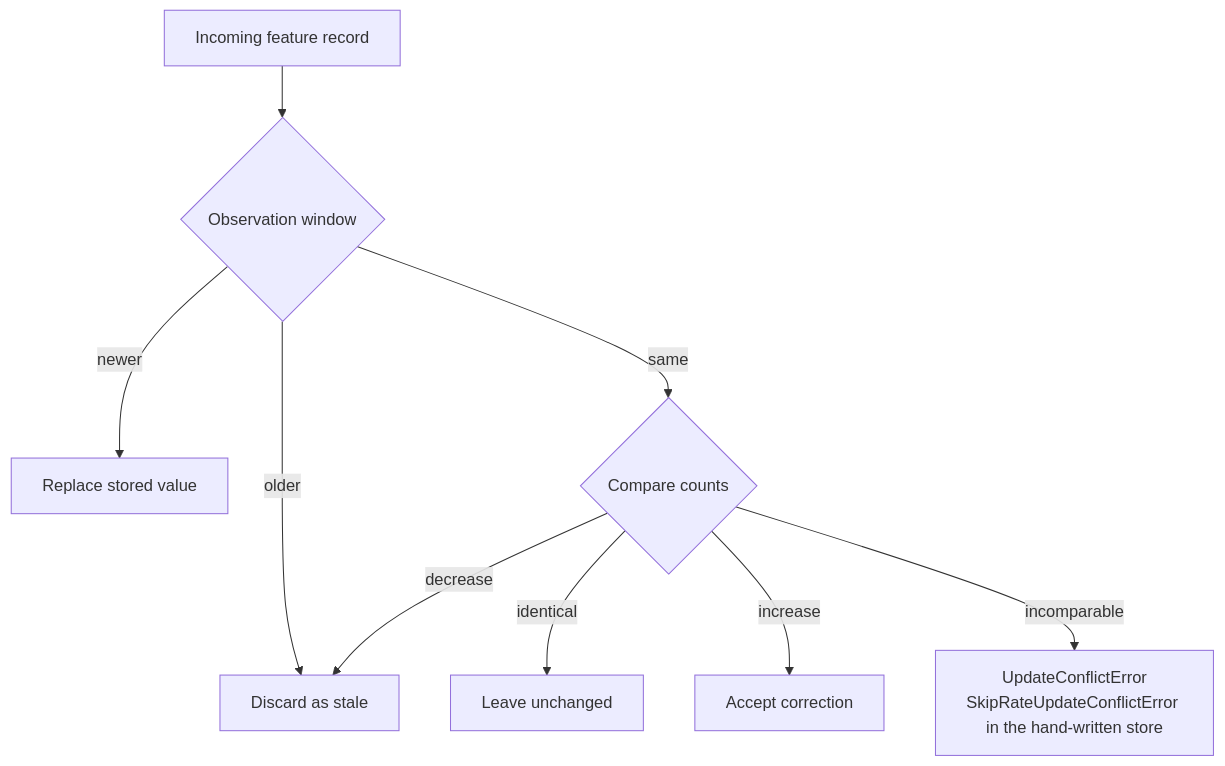
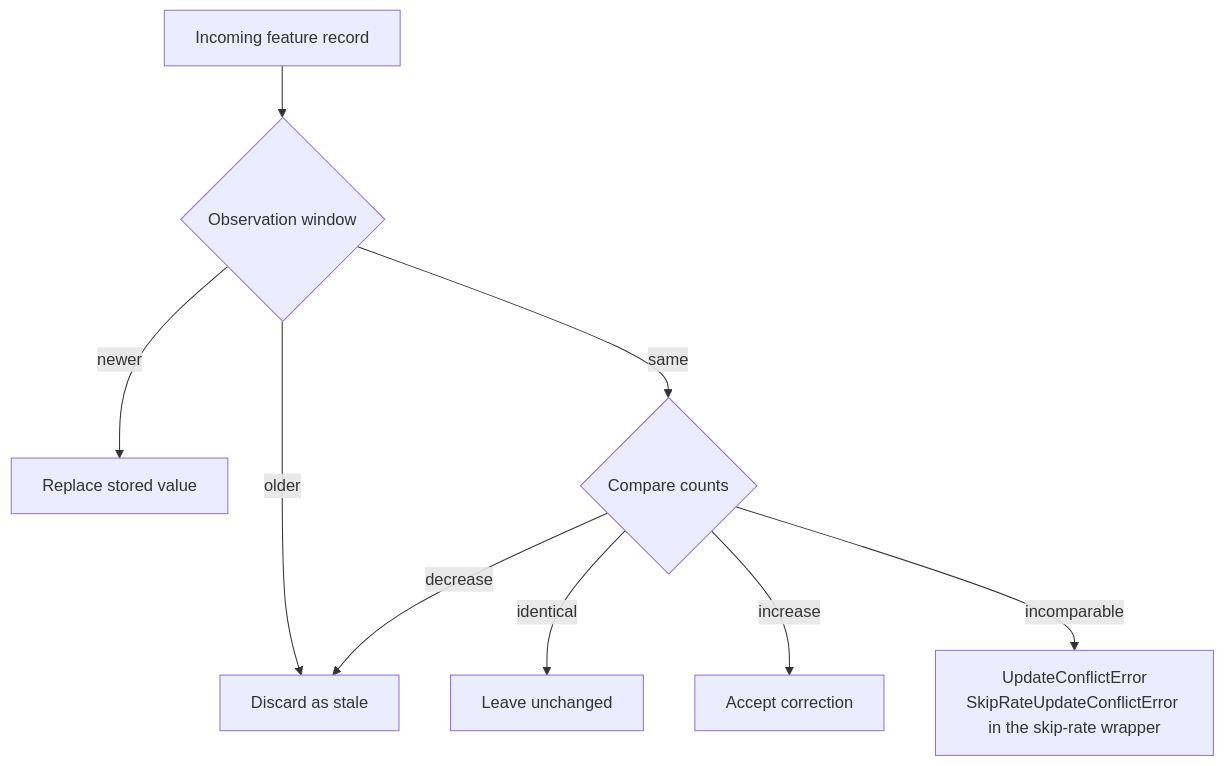
Before and after one commit to oster-dev/featureforge: the fourth of 8 diagrams in ARCHITECTURE.md, drawn with Mermaid. The commit also changed other lines of this file and 22 other files, not shown here.

````diff
--- a/ARCHITECTURE.md
+++ b/ARCHITECTURE.md
@@ -167,11 +167,11 @@
 ```mermaid
 flowchart TD
     IN[Incoming feature record] --> W{Observation window}
     W -->|newer| REPLACE[Replace stored value]
     W -->|older| DISCARD[Discard as stale]
     W -->|same| SAME{Compare counts}
     SAME -->|identical| NOOP[Leave unchanged]
     SAME -->|increase| ACCEPT[Accept correction]
     SAME -->|decrease| DISCARD
-    SAME -->|incomparable| ERR[UpdateConflictError<br/>SkipRateUpdateConflictError in the hand-written store]
+    SAME -->|incomparable| ERR[UpdateConflictError<br/>SkipRateUpdateConflictError in the skip-rate wrapper]
 ```
````
